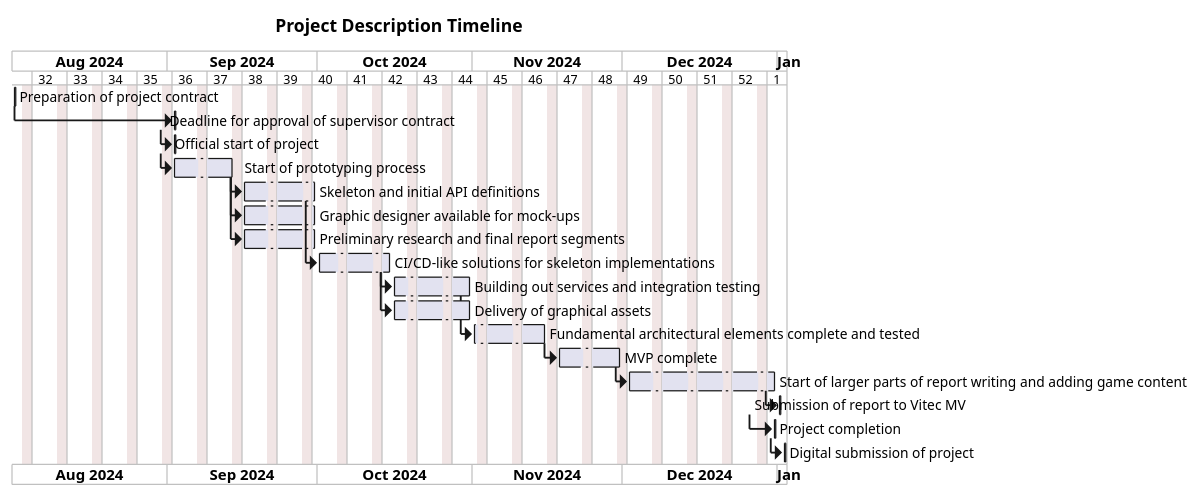
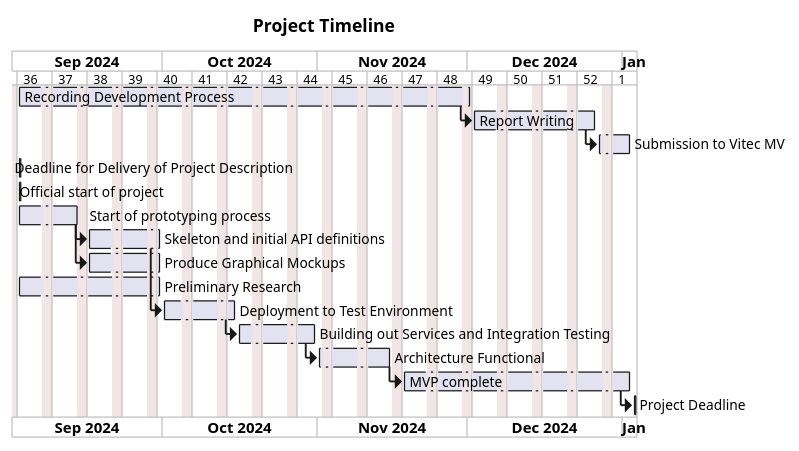
Before and after one commit to KlaesSoerensen/mim2-testing: the diagram in Diagrams/Gantt Chart Weeks.puml, drawn with PlantUML. The commit also changed 2 other files, not shown here.

Commit message:
diagrams

```diff
--- a/Diagrams/Gantt Chart Weeks.puml
+++ b/Diagrams/Gantt Chart Weeks.puml
@@ -1,53 +1,45 @@
 @startgantt
-Title Project Description Timeline
+Title Project Timeline
 
-Project starts 2024-08-01
+Project starts 2024-09-01
 printscale weekly
 saturday are closed
 sunday are closed
 
-[Preparation of project contract] starts 2024-08-01 and ends 2024-08-01
-[Preparation of project contract] --> [Deadline for approval of supervisor contract]
+[Recording Development Process] starts 2024-09-01 and ends 2024-11-31
+[Recording Development Process] --> [Report Writing]
 
-[Deadline for approval of supervisor contract] starts 2024-08-31 and ends 2024-08-31
-[Deadline for approval of supervisor contract] --> [Official start of project]
+[Report Writing] starts 2024-08-01 and ends 2024-12-26
+
+[Submission to Vitec MV] starts 2024-12-26 and ends 2025-01-02
+[Report Writing] --> [Submission to Vitec MV]
+
+[Deadline for Delivery of Project Description] starts 2024-08-31 and ends 2024-08-31
 
 [Official start of project] starts 2024-09-01 and ends 2024-09-01
-[Official start of project] --> [Start of prototyping process]
+
 
 [Start of prototyping process] starts 2024-09-01 and ends 2024-09-15
 [Start of prototyping process] --> [Skeleton and initial API definitions]
-[Start of prototyping process] --> [Graphic designer available for mock-ups]
-[Start of prototyping process] --> [Preliminary research and final report segments]
+[Start of prototyping process] --> [Produce Graphical Mockups]
+
+[Preliminary Research] starts 2024-09-01 and ends 2024-09-30
 
 [Skeleton and initial API definitions] starts 2024-09-15 and ends 2024-09-30
-[Graphic designer available for mock-ups] starts 2024-09-15 and ends 2024-09-30
-[Preliminary research and final report segments] starts 2024-09-15 and ends 2024-09-30
-[Skeleton and initial API definitions] --> [CI/CD-like solutions for skeleton implementations]
+[Produce Graphical Mockups] starts 2024-09-15 and ends 2024-09-30
+[Skeleton and initial API definitions] --> [Deployment to Test Environment]
 
-[CI/CD-like solutions for skeleton implementations] starts 2024-10-01 and ends 2024-10-15
-[CI/CD-like solutions for skeleton implementations] --> [Building out services and integration testing]
-[CI/CD-like solutions for skeleton implementations] --> [Delivery of graphical assets]
+[Deployment to Test Environment] starts 2024-10-01 and ends 2024-10-15
+[Deployment to Test Environment] --> [Building out Services and Integration Testing]
 
-[Building out services and integration testing] starts 2024-10-15 and ends 2024-10-31
-[Delivery of graphical assets] starts 2024-10-01 and ends 2024-10-31
-[Building out services and integration testing] --> [Fundamental architectural elements complete and tested]
+[Building out Services and Integration Testing] starts 2024-10-15 and ends 2024-10-31
+[Building out Services and Integration Testing] --> [Architecture Functional]
 
-[Fundamental architectural elements complete and tested] starts 2024-11-01 and ends 2024-11-15
-[Fundamental architectural elements complete and tested] --> [MVP complete]
+[Architecture Functional] starts 2024-11-01 and ends 2024-11-15
+[MVP complete] starts 2024-11-15 and ends 2025-01-02
+[Architecture Functional] --> [MVP complete]
 
-[MVP complete] starts 2024-11-15 and ends 2024-11-30
-[MVP complete] --> [Start of larger parts of report writing and adding game content]
+[MVP complete] --> [Project Deadline]
 
-[Start of larger parts of report writing and adding game content] starts 2024-11-15 and ends 2024-12-31
-[Start of larger parts of report writing and adding game content] --> [Submission of report to Vitec MV]
-
-[Submission of report to Vitec MV] starts 2024-12-26 and ends 2024-12-26
-[Submission of report to Vitec MV] --> [Project completion]
-
-[Project completion] starts 2024-12-31 and ends 2024-12-31
-[Project completion] --> [Digital submission of project]
-
-[Digital submission of project] starts 2025-01-02 and ends 2025-01-02
 
 @endgantt
```
